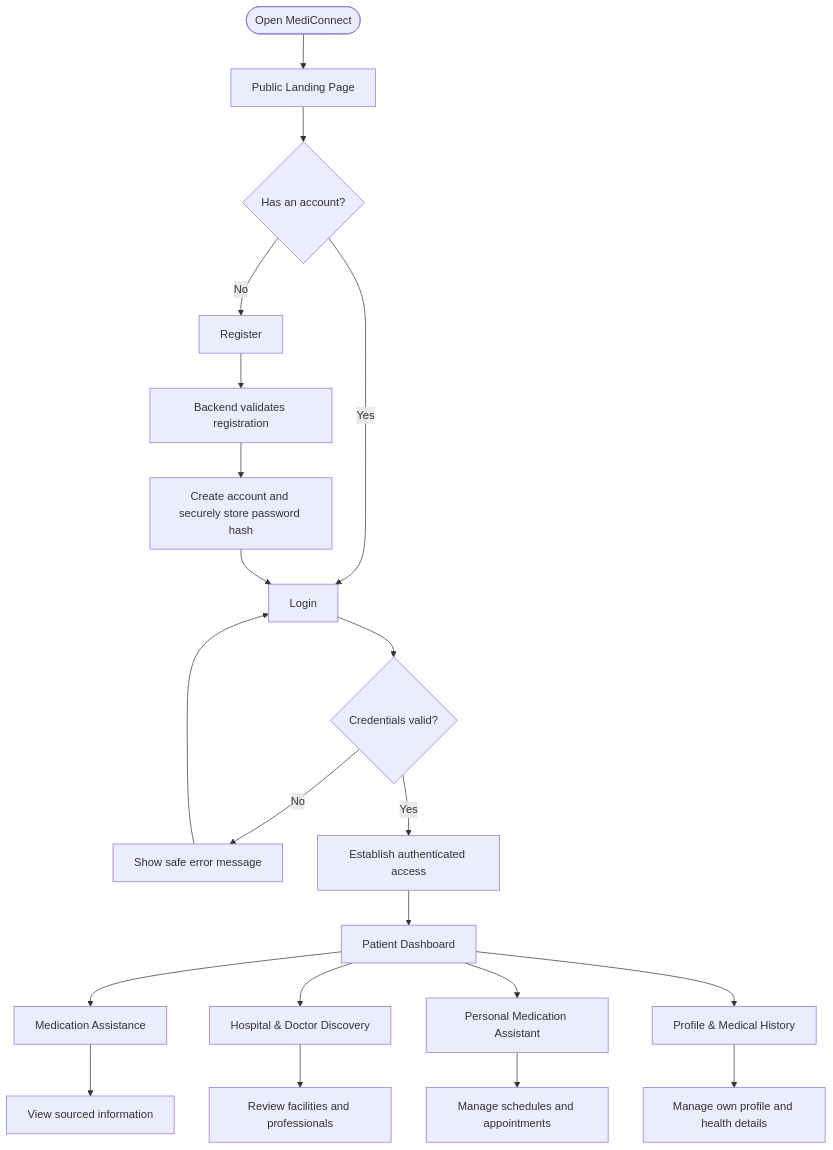
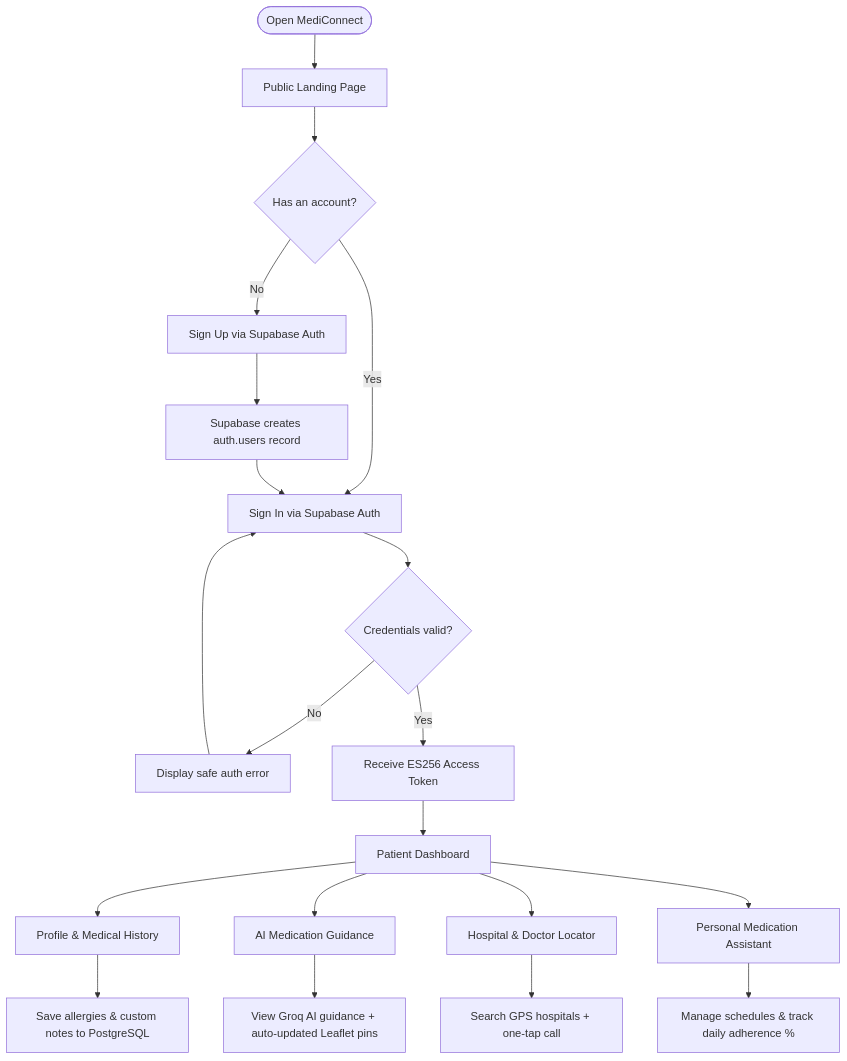
Before and after one commit to rishavscripts/MediConnect: the third of 11 diagrams in README.md, drawn with Mermaid. The commit also changed other lines of this file, not shown here.

````diff
--- a/README.md
+++ b/README.md
@@ -265,23 +225,22 @@
-``` mermaid
+```mermaid
 flowchart TD
     A([Open MediConnect]) --> B[Public Landing Page]
     B --> C{Has an account?}
-    C -- No --> D[Register]
-    C -- Yes --> E[Login]
-    D --> F[Backend validates registration]
-    F --> G[Create account and securely store password hash]
-    G --> E
-    E --> H{Credentials valid?}
-    H -- No --> I[Show safe error message]
-    I --> E
-    H -- Yes --> J[Establish authenticated access]
-    J --> K[Patient Dashboard]
-    K --> L[Medication Assistance]
-    K --> M[Hospital & Doctor Discovery]
-    K --> N[Personal Medication Assistant]
-    K --> O[Profile & Medical History]
-    L --> P[View sourced information]
-    M --> Q[Review facilities and professionals]
-    N --> R[Manage schedules and appointments]
-    O --> S[Manage own profile and health details]
+    C -- No --> D[Sign Up via Supabase Auth]
+    C -- Yes --> E[Sign In via Supabase Auth]
+    D --> F[Supabase creates auth.users record]
+    F --> E
+    E --> G{Credentials valid?}
+    G -- No --> H[Display safe auth error]
+    H --> E
+    G -- Yes --> I[Receive ES256 Access Token]
+    I --> J[Patient Dashboard]
+    J --> K[Profile & Medical History]
+    J --> L[AI Medication Guidance]
+    J --> M[Hospital & Doctor Locator]
+    J --> N[Personal Medication Assistant]
+    K --> O[Save allergies & custom notes to PostgreSQL]
+    L --> P[View Groq AI guidance + auto-updated Leaflet pins]
+    M --> Q[Search GPS hospitals + one-tap call]
+    N --> R[Manage schedules & track daily adherence %]
 ```
````
